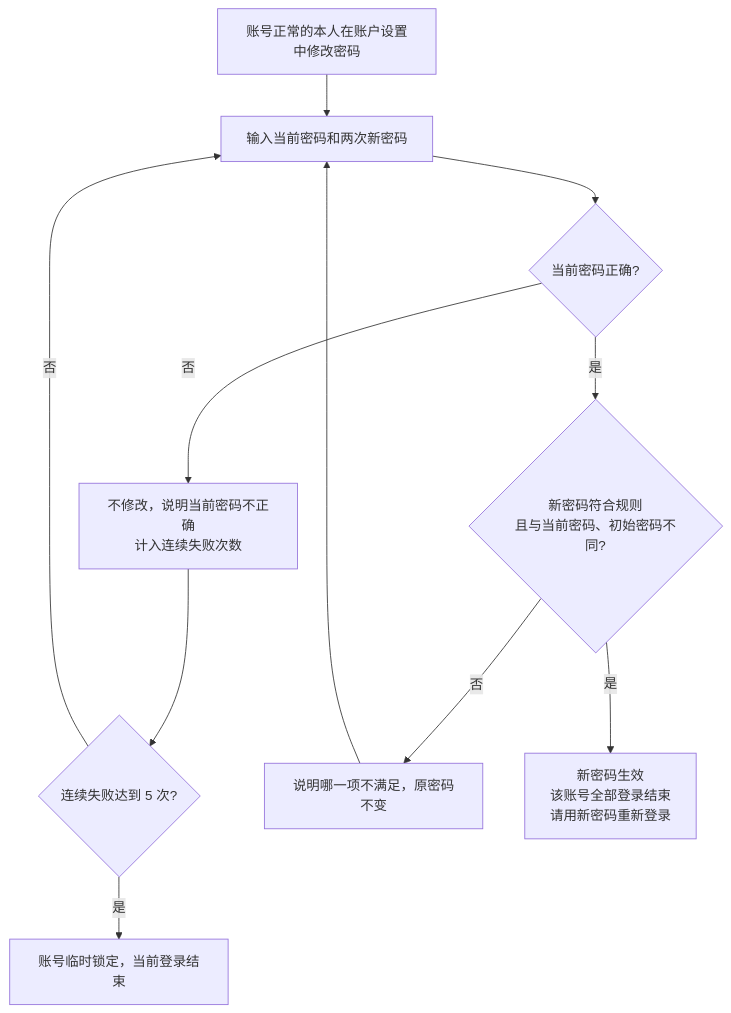
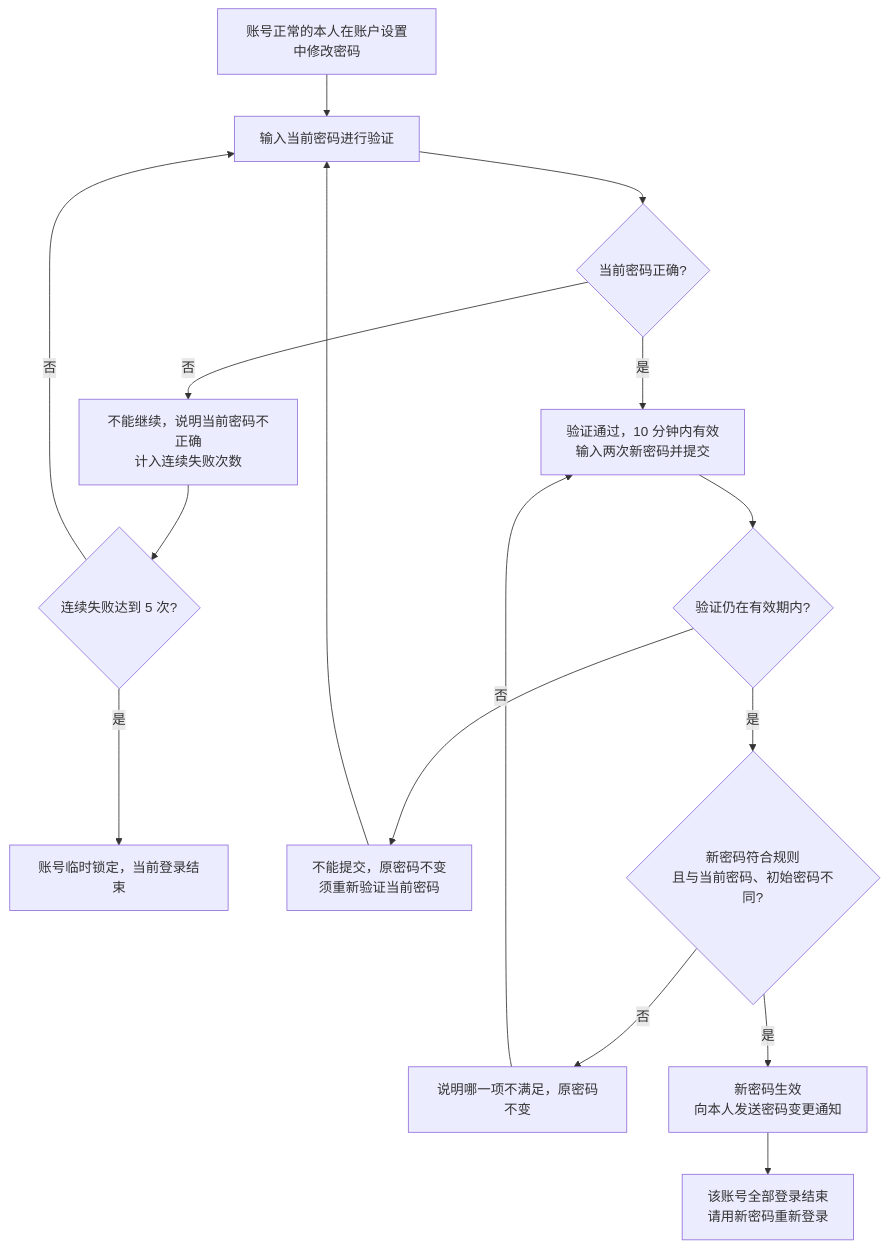
Before and after one commit to wxblockchain/Chain-Financing: the third of 9 diagrams in token-issuance-platform/PRD/管理端/M5-管理端登录与权限/02-管理端登录与权限-流程图与状态机.md, drawn with Mermaid. The commit also changed other lines of this file and 33 other files, not shown here.

````diff
--- a/token-issuance-platform/PRD/管理端/M5-管理端登录与权限/02-管理端登录与权限-流程图与状态机.md
+++ b/token-issuance-platform/PRD/管理端/M5-管理端登录与权限/02-管理端登录与权限-流程图与状态机.md
@@ -69,13 +72,18 @@
 ```mermaid
 flowchart TD
-    A[账号正常的本人在账户设置中修改密码] --> B[输入当前密码和两次新密码]
+    A[账号正常的本人在账户设置中修改密码] --> B[输入当前密码进行验证]
     B --> C{当前密码正确?}
-    C -->|否| D[不修改，说明当前密码不正确<br/>计入连续失败次数]
+    C -->|否| D[不能继续，说明当前密码不正确<br/>计入连续失败次数]
     D --> D1{连续失败达到 5 次?}
     D1 -->|否| B
     D1 -->|是| D2[账号临时锁定，当前登录结束]
-    C -->|是| E{新密码符合规则<br/>且与当前密码、初始密码不同?}
+    C -->|是| C1[验证通过，10 分钟内有效<br/>输入两次新密码并提交]
+    C1 --> C2{验证仍在有效期内?}
+    C2 -->|否| C3[不能提交，原密码不变<br/>须重新验证当前密码]
+    C3 --> B
+    C2 -->|是| E{新密码符合规则<br/>且与当前密码、初始密码不同?}
     E -->|否| F[说明哪一项不满足，原密码不变]
-    F --> B
-    E -->|是| G[新密码生效<br/>该账号全部登录结束<br/>请用新密码重新登录]
+    F --> C1
+    E -->|是| G[新密码生效<br/>向本人发送密码变更通知]
+    G --> G1[该账号全部登录结束<br/>请用新密码重新登录]
 ```
````
